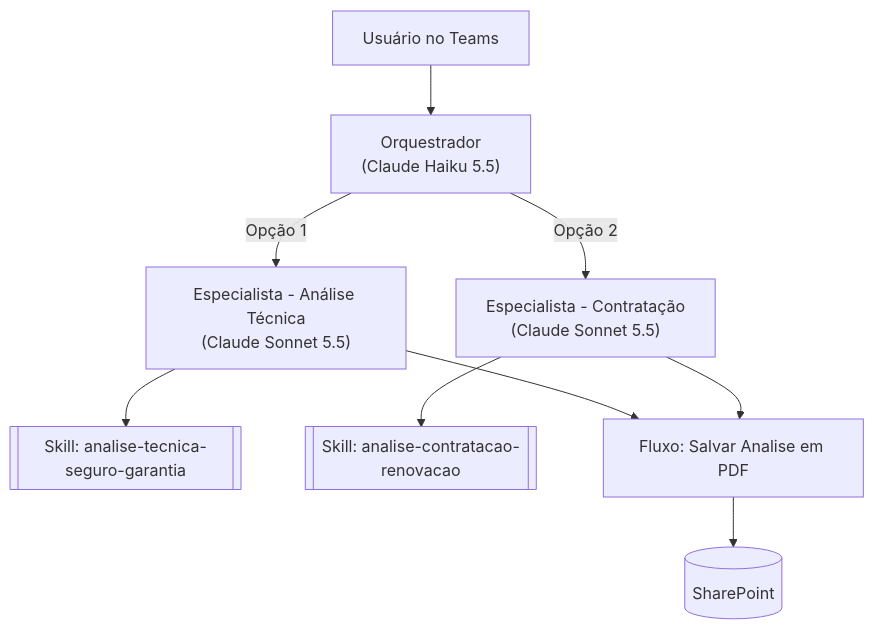
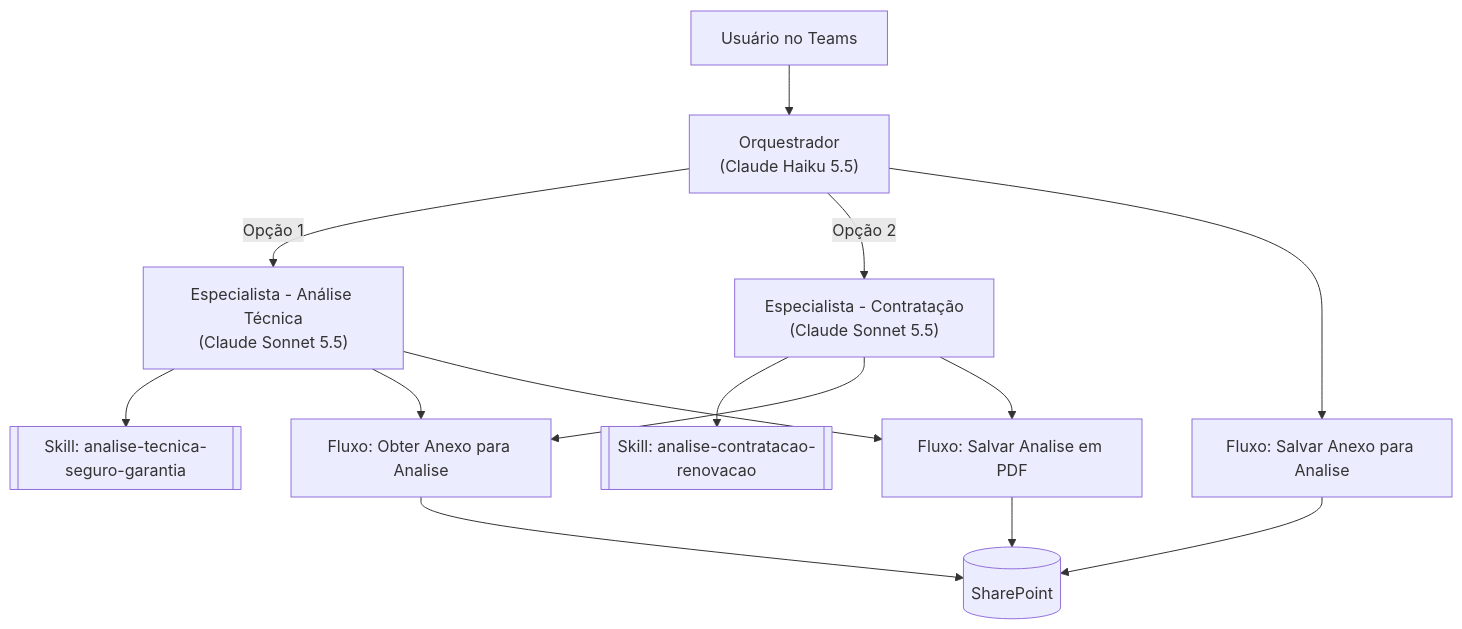
Before and after one commit to DougVec/Agente-de-An-lise-Seguros-: the diagram in README.md, drawn with Mermaid. The commit also changed other lines of this file, not shown here.

Commit message:
README: documenta o repasse de anexos via SharePoint

````diff
--- a/README.md
+++ b/README.md
@@ -18,11 +18,16 @@
 ```mermaid
 flowchart TD
     U[Usuário no Teams] --> O["Orquestrador<br/>(Claude Haiku 5.5)"]
     O -->|Opção 1| T["Especialista - Análise Técnica<br/>(Claude Sonnet 5.5)"]
     O -->|Opção 2| C["Especialista - Contratação<br/>(Claude Sonnet 5.5)"]
     T --> ST[[Skill: analise-tecnica-seguro-garantia]]
     C --> SC[[Skill: analise-contratacao-renovacao]]
+    O --> FA[Fluxo: Salvar Anexo para Analise]
+    FA --> SP[(SharePoint)]
+    T --> FO[Fluxo: Obter Anexo para Analise]
+    C --> FO
+    FO --> SP
     T --> F[Fluxo: Salvar Analise em PDF]
     C --> F
-    F --> SP[(SharePoint)]
+    F --> SP
 ```
````
